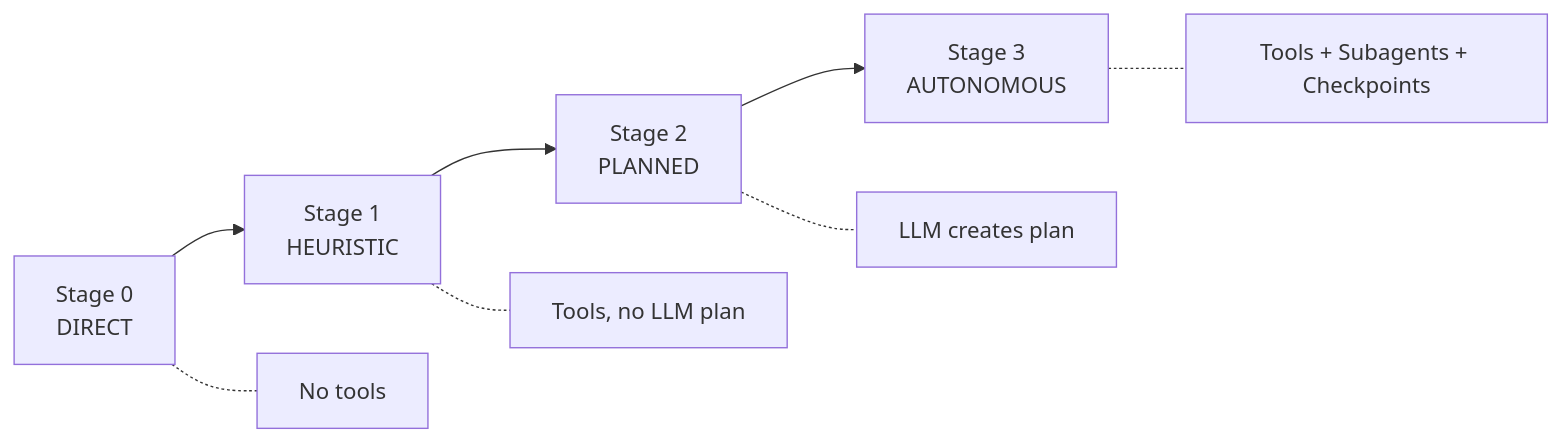
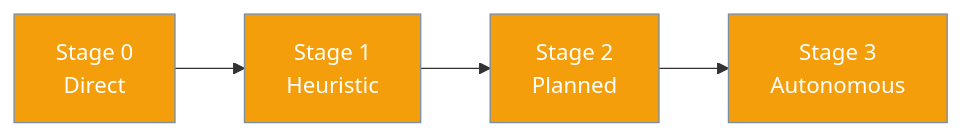
Before and after one commit to MervinPraison/PraisonAIDocs: the second of 2 diagrams in docs/features/recursive-context.mdx, drawn with Mermaid. The commit also changed other lines of this file and 4 other files, not shown here.

````diff
--- a/docs/features/recursive-context.mdx
+++ b/docs/features/recursive-context.mdx
@@ -136,11 +94,9 @@
 ```mermaid
 flowchart LR
-    S0["Stage 0<br/>DIRECT"] --> S1["Stage 1<br/>HEURISTIC"]
-    S1 --> S2["Stage 2<br/>PLANNED"]
-    S2 --> S3["Stage 3<br/>AUTONOMOUS"]
-    
-    S0 -.- D0["No tools"]
-    S1 -.- D1["Tools, no LLM plan"]
-    S2 -.- D2["LLM creates plan"]
-    S3 -.- D3["Tools + Subagents + Checkpoints"]
+    S0["Stage 0<br/>Direct"] --> S1["Stage 1<br/>Heuristic"]
+    S1 --> S2["Stage 2<br/>Planned"]
+    S2 --> S3["Stage 3<br/>Autonomous"]
+
+    classDef stage fill:#F59E0B,stroke:#7C90A0,color:#fff
+    class S0,S1,S2,S3 stage
 ```
````
